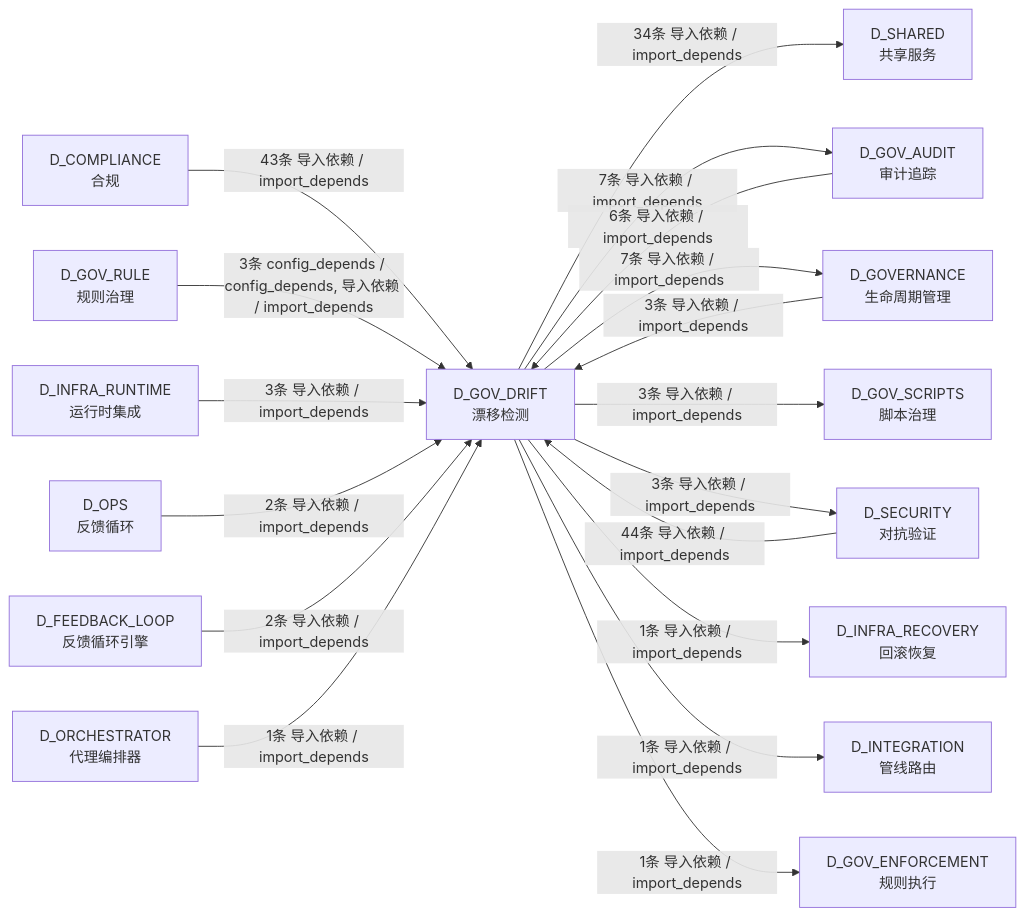
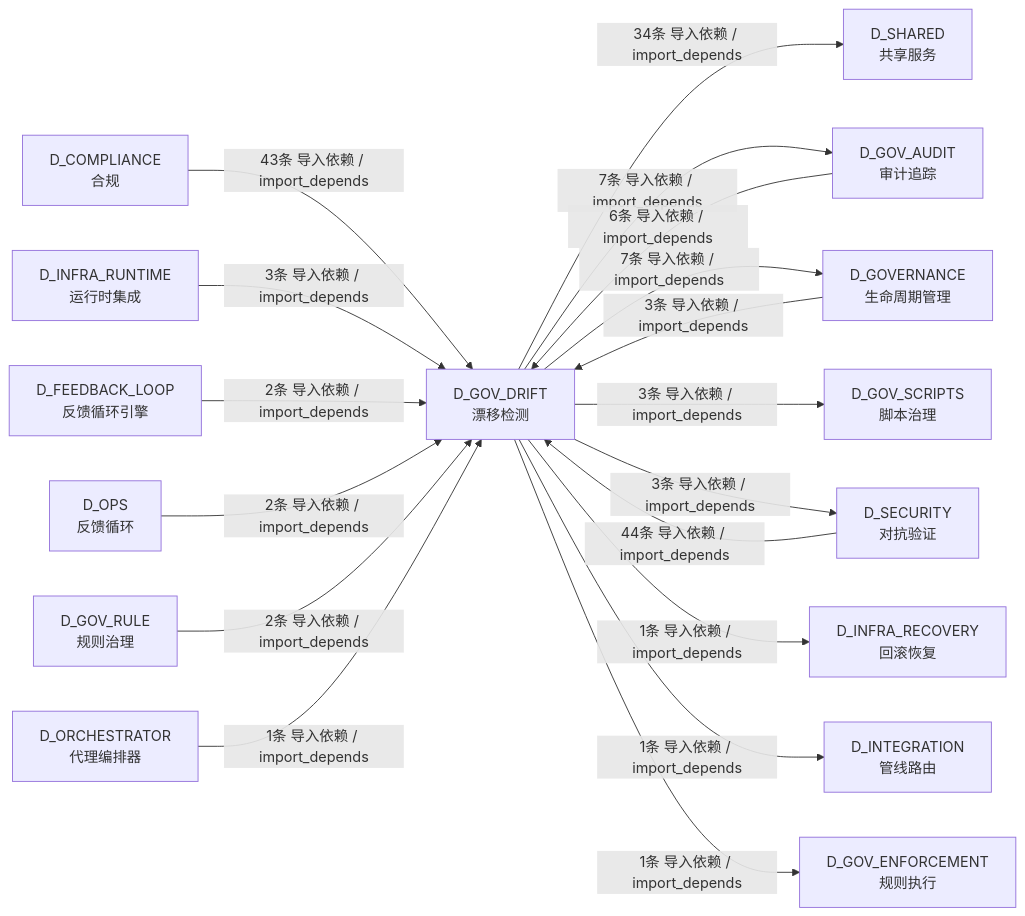
One commit to xuanFelixVan/ZephyrAlpha changed the sixth of 6 diagrams in docs/02_enterprise_architecture/02_domain_architecture_docs/52_d_gov_drift.md. Above: the diagram before and after it, drawn with Mermaid. The commit also changed other lines of this file and 43 other files, not shown here.

````diff
--- a/docs/02_enterprise_architecture/02_domain_architecture_docs/52_d_gov_drift.md
+++ b/docs/02_enterprise_architecture/02_domain_architecture_docs/52_d_gov_drift.md
@@ -731,35 +732,35 @@
 ```mermaid
 graph LR
     D_GOV_DRIFT["D_GOV_DRIFT<br/>漂移检测"]
     D_SHARED["D_SHARED<br/>共享服务"]
     D_GOV_AUDIT["D_GOV_AUDIT<br/>审计追踪"]
     D_GOVERNANCE["D_GOVERNANCE<br/>生命周期管理"]
     D_GOV_SCRIPTS["D_GOV_SCRIPTS<br/>脚本治理"]
     D_SECURITY["D_SECURITY<br/>对抗验证"]
     D_INFRA_RECOVERY["D_INFRA_RECOVERY<br/>回滚恢复"]
     D_INTEGRATION["D_INTEGRATION<br/>管线路由"]
     D_GOV_ENFORCEMENT["D_GOV_ENFORCEMENT<br/>规则执行"]
     D_COMPLIANCE["D_COMPLIANCE<br/>合规"]
+    D_INFRA_RUNTIME["D_INFRA_RUNTIME<br/>运行时集成"]
+    D_FEEDBACK_LOOP["D_FEEDBACK_LOOP<br/>反馈循环引擎"]
+    D_OPS["D_OPS<br/>反馈循环"]
     D_GOV_RULE["D_GOV_RULE<br/>规则治理"]
-    D_INFRA_RUNTIME["D_INFRA_RUNTIME<br/>运行时集成"]
-    D_OPS["D_OPS<br/>反馈循环"]
-    D_FEEDBACK_LOOP["D_FEEDBACK_LOOP<br/>反馈循环引擎"]
     D_ORCHESTRATOR["D_ORCHESTRATOR<br/>代理编排器"]
     D_GOV_DRIFT -->|34条 导入依赖 / import_depends| D_SHARED
     D_GOV_DRIFT -->|7条 导入依赖 / import_depends| D_GOV_AUDIT
     D_GOV_DRIFT -->|7条 导入依赖 / import_depends| D_GOVERNANCE
     D_GOV_DRIFT -->|3条 导入依赖 / import_depends| D_GOV_SCRIPTS
     D_GOV_DRIFT -->|3条 导入依赖 / import_depends| D_SECURITY
     D_GOV_DRIFT -->|1条 导入依赖 / import_depends| D_INFRA_RECOVERY
     D_GOV_DRIFT -->|1条 导入依赖 / import_depends| D_INTEGRATION
     D_GOV_DRIFT -->|1条 导入依赖 / import_depends| D_GOV_ENFORCEMENT
     D_SECURITY -->|44条 导入依赖 / import_depends| D_GOV_DRIFT
     D_COMPLIANCE -->|43条 导入依赖 / import_depends| D_GOV_DRIFT
     D_GOV_AUDIT -->|6条 导入依赖 / import_depends| D_GOV_DRIFT
-    D_GOV_RULE -->|3条 config_depends / config_depends, 导入依赖 / import_depends| D_GOV_DRIFT
+    D_INFRA_RUNTIME -->|3条 导入依赖 / import_depends| D_GOV_DRIFT
     D_GOVERNANCE -->|3条 导入依赖 / import_depends| D_GOV_DRIFT
-    D_INFRA_RUNTIME -->|3条 导入依赖 / import_depends| D_GOV_DRIFT
+    D_FEEDBACK_LOOP -->|2条 导入依赖 / import_depends| D_GOV_DRIFT
     D_OPS -->|2条 导入依赖 / import_depends| D_GOV_DRIFT
-    D_FEEDBACK_LOOP -->|2条 导入依赖 / import_depends| D_GOV_DRIFT
+    D_GOV_RULE -->|2条 导入依赖 / import_depends| D_GOV_DRIFT
     D_ORCHESTRATOR -->|1条 导入依赖 / import_depends| D_GOV_DRIFT
 ```
````
